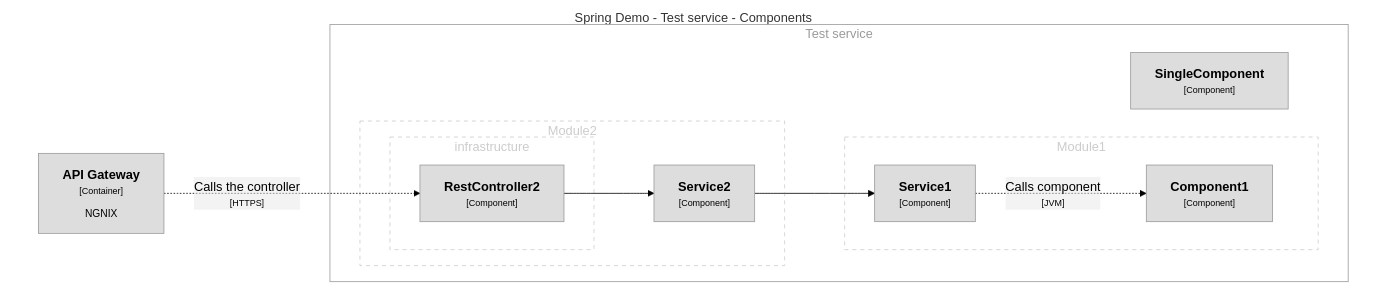
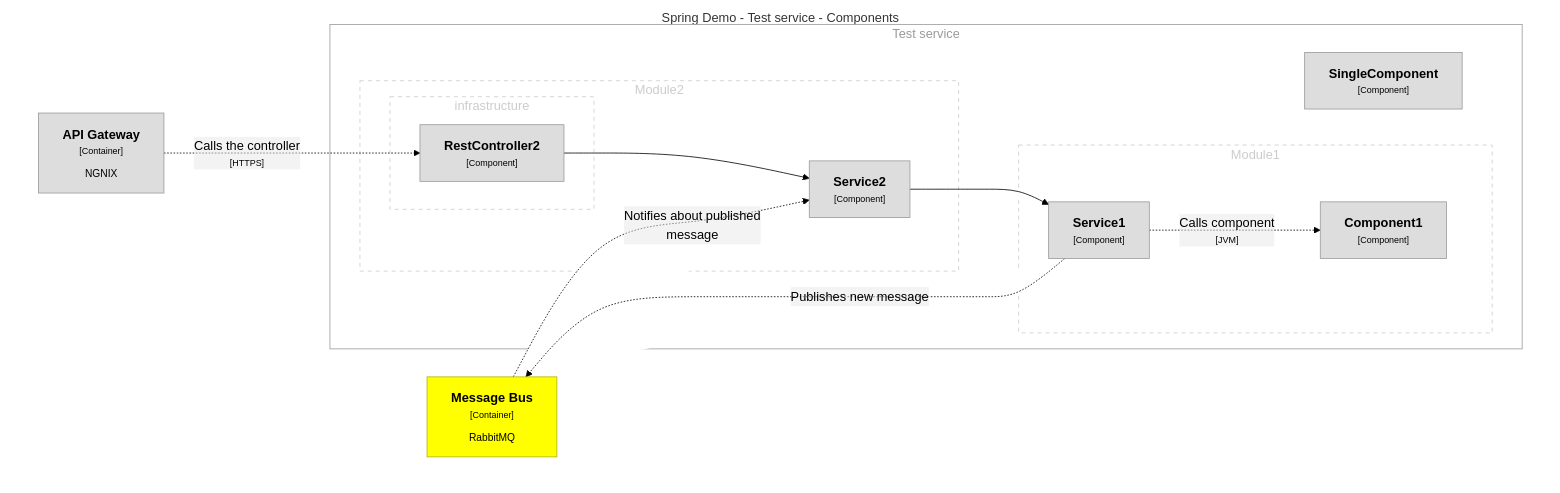
Before and after one commit to activey/structurizr-generator: the diagram in README.md, drawn with Mermaid (forest theme). The commit also changed 3 other files, not shown here.

````diff
--- a/README.md
+++ b/README.md
@@ -91,46 +91,50 @@
 ```mermaid
 graph TB
   linkStyle default fill:#ffffff
 
   subgraph diagram [Spring Demo - Test service - Components]
     style diagram fill:#ffffff,stroke:#ffffff
 
+    3["<div style='font-weight: bold'>Message Bus</div><div style='font-size: 70%; margin-top: 0px'>[Container]</div><div style='font-size: 80%; margin-top:10px'>RabbitMQ</div>"]
+    style 3 fill:#ffff00,stroke:#b2b200,color:#000000
     4["<div style='font-weight: bold'>API Gateway</div><div style='font-size: 70%; margin-top: 0px'>[Container]</div><div style='font-size: 80%; margin-top:10px'>NGNIX</div>"]
     style 4 fill:#dddddd,stroke:#9a9a9a,color:#000000
 
     subgraph 6 [Test service]
       style 6 fill:#ffffff,stroke:#9a9a9a,color:#9a9a9a
 
       subgraph group1 [Module1]
         style group1 fill:#ffffff,stroke:#cccccc,color:#cccccc,stroke-dasharray:5
 
         8["<div style='font-weight: bold'>Component1</div><div style='font-size: 70%; margin-top: 0px'>[Component]</div>"]
         style 8 fill:#dddddd,stroke:#9a9a9a,color:#000000
         9["<div style='font-weight: bold'>Service1</div><div style='font-size: 70%; margin-top: 0px'>[Component]</div>"]
         style 9 fill:#dddddd,stroke:#9a9a9a,color:#000000
       end
 
       subgraph group2 [Module2]
         style group2 fill:#ffffff,stroke:#cccccc,color:#cccccc,stroke-dasharray:5
 
         10["<div style='font-weight: bold'>Service2</div><div style='font-size: 70%; margin-top: 0px'>[Component]</div>"]
         style 10 fill:#dddddd,stroke:#9a9a9a,color:#000000
           subgraph group3 [infrastructure]
             style group3 fill:#ffffff,stroke:#cccccc,color:#cccccc,stroke-dasharray:5
 
             11["<div style='font-weight: bold'>RestController2</div><div style='font-size: 70%; margin-top: 0px'>[Component]</div>"]
             style 11 fill:#dddddd,stroke:#9a9a9a,color:#000000
           end
 
       end
 
       7["<div style='font-weight: bold'>SingleComponent</div><div style='font-size: 70%; margin-top: 0px'>[Component]</div>"]
       style 7 fill:#dddddd,stroke:#9a9a9a,color:#000000
     end
 
     10-- "<div></div><div style='font-size: 70%'></div>" -->9
     9-. "<div>Calls component</div><div style='font-size: 70%'>[JVM]</div>" .->8
     4-. "<div>Calls the controller</div><div style='font-size: 70%'>[HTTPS]</div>" .->11
     11-- "<div></div><div style='font-size: 70%'></div>" -->10
+    3-. "<div>Notifies about published<br />message</div><div style='font-size: 70%'></div>" .->10
+    9-. "<div>Publishes new message</div><div style='font-size: 70%'></div>" .->3
   end
 ```
````
